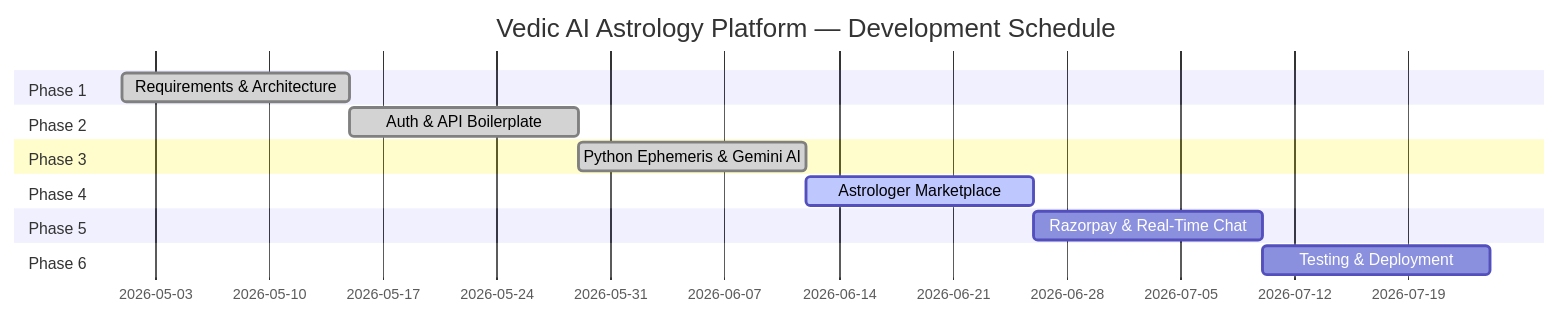
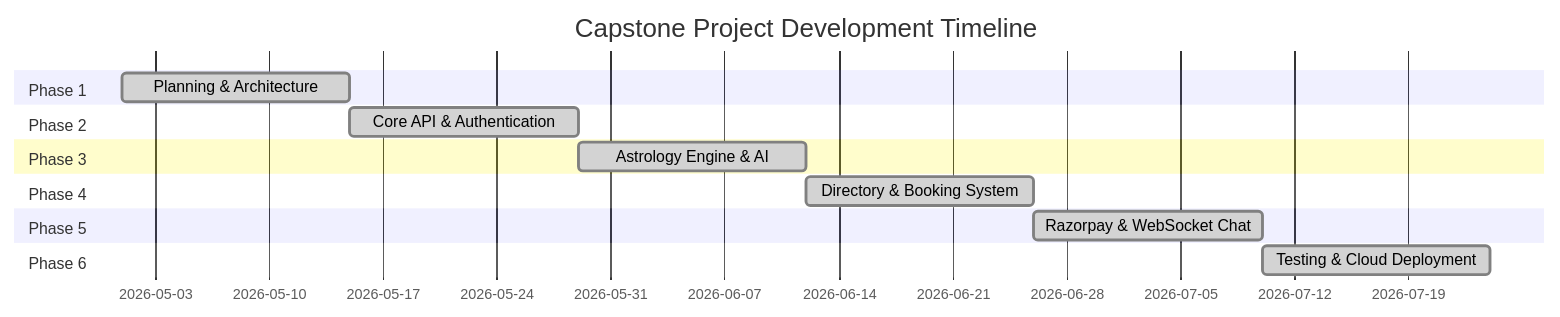
The seventh of 7 diagrams in docs/Capstone_Project_Report.md (KISHOR403/ASTROTALK), drawn with Mermaid before and after one commit. The commit also changed other lines of this file, not shown here.

Commit message:
Update Capstone Report: Add academic tone, Tech Stack architecture diagram, and Conclusion

````diff
--- a/docs/Capstone_Project_Report.md
+++ b/docs/Capstone_Project_Report.md
@@ -557,17 +529,17 @@
 ```mermaid
 gantt
-    title Vedic AI Astrology Platform — Development Schedule
+    title Capstone Project Development Timeline
     dateFormat YYYY-MM-DD
     section Phase 1
-    Requirements & Architecture    :done, p1, 2026-05-01, 14d
+    Planning & Architecture        :done, p1, 2026-05-01, 14d
     section Phase 2
-    Auth & API Boilerplate         :done, p2, 2026-05-15, 14d
+    Core API & Authentication      :done, p2, 2026-05-15, 14d
     section Phase 3
-    Python Ephemeris & Gemini AI   :done, p3, 2026-05-29, 14d
+    Astrology Engine & AI          :done, p3, 2026-05-29, 14d
     section Phase 4
-    Astrologer Marketplace         :active, p4, 2026-06-12, 14d
+    Directory & Booking System     :done, p4, 2026-06-12, 14d
     section Phase 5
-    Razorpay & Real-Time Chat      :p5, 2026-06-26, 14d
+    Razorpay & WebSocket Chat      :done, p5, 2026-06-26, 14d
     section Phase 6
-    Testing & Deployment           :p6, 2026-07-10, 14d
+    Testing & Cloud Deployment     :done, p6, 2026-07-10, 14d
 ```
````
